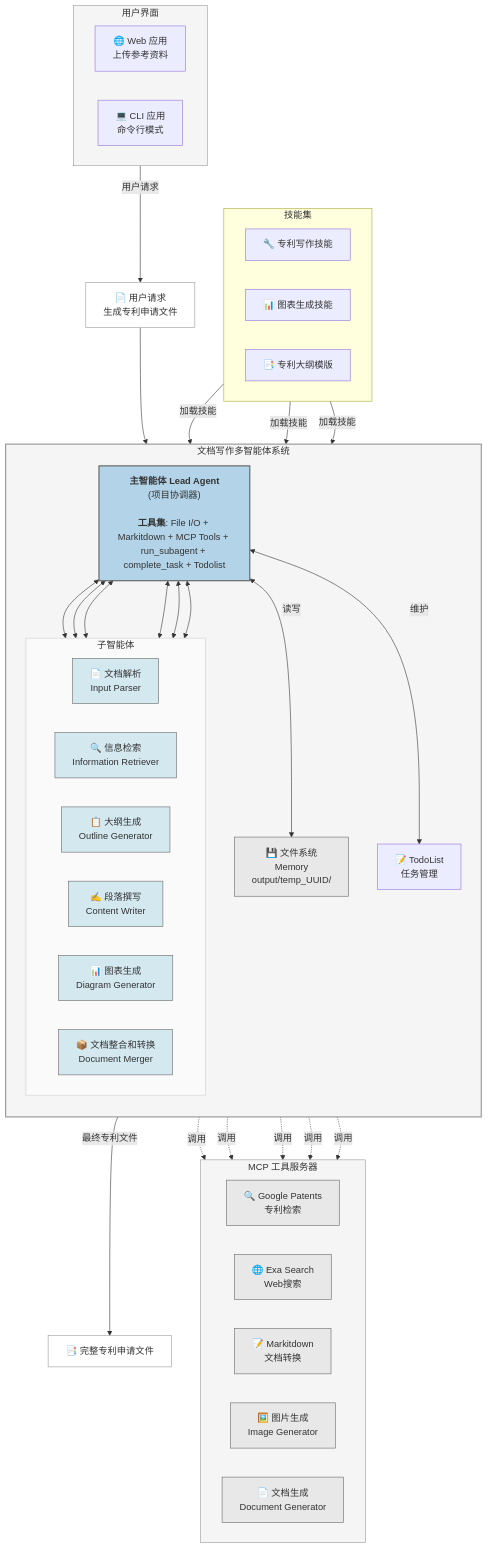
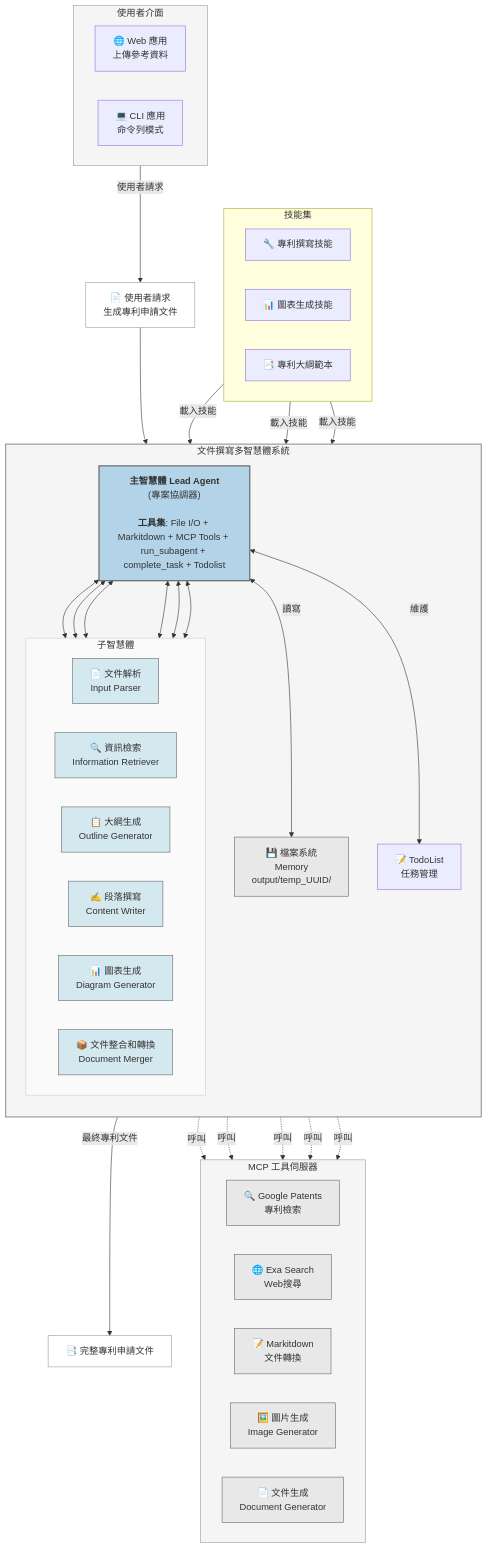
The diagram in arch.md (Raw1mage/PatentDrafter), drawn with Mermaid before and after one commit. The commit also changed other lines of this file, not shown here.

Commit message:
專利撰寫多智慧體系統架構文件

````diff
--- a/arch.md
+++ b/arch.md
@@ -5,52 +5,52 @@
 ```mermaid
 graph TB
-    %% 用户界面
-    subgraph UserInterface["用户界面"]
+    %% 使用者介面
+    subgraph UserInterface["使用者介面"]
         direction LR
-        WebUI["🌐 Web 应用<br/>上传参考资料"]
-        CLI["💻 CLI 应用<br/>命令行模式"]
+        WebUI["🌐 Web 應用<br/>上傳參考資料"]
+        CLI["💻 CLI 應用<br/>命令列模式"]
     end
 
-    %% 用户请求
-    UserRequest["📄 用户请求<br/>生成专利申请文件"]
+    %% 使用者請求
+    UserRequest["📄 使用者請求<br/>生成專利申請文件"]
 
-    %% 多智能体系统
-    subgraph MultiAgent["文档写作多智能体系统"]
+    %% 多智慧體系統
+    subgraph MultiAgent["文件撰寫多智慧體系統"]
         direction TB
 
-        %% 主智能体
-        LeadAgent["<b>主智能体 Lead Agent</b><br/>(项目协调器)<br/><br/><b>工具集</b>: File I/O + Markitdown + MCP Tools + run_subagent + complete_task + Todolist"]
+        %% 主智慧體
+        LeadAgent["<b>主智慧體 Lead Agent</b><br/>(專案協調器)<br/><br/><b>工具集</b>: File I/O + Markitdown + MCP Tools + run_subagent + complete_task + Todolist"]
 
-        %% 子智能体
-        subgraph Subagents["子智能体"]
+        %% 子智慧體
+        subgraph Subagents["子智慧體"]
             direction LR
-            S1["📄 文档解析<br/>Input Parser"]
-            S2["🔍 信息检索<br/>Information Retriever"]
-            S3["📋 大纲生成<br/>Outline Generator"]
-            S4["✍️ 段落撰写<br/>Content Writer"]
-            S5["📊 图表生成<br/>Diagram Generator"]
-            S6["📦 文档整合和转换<br/>Document Merger"]
+            S1["📄 文件解析<br/>Input Parser"]
+            S2["🔍 資訊檢索<br/>Information Retriever"]
+            S3["📋 大綱生成<br/>Outline Generator"]
+            S4["✍️ 段落撰寫<br/>Content Writer"]
+            S5["📊 圖表生成<br/>Diagram Generator"]
+            S6["📦 文件整合和轉換<br/>Document Merger"]
         end
 
-        %% 文件系统
-        Memory["💾 文件系统<br/>Memory<br/>output/temp_UUID/"]
+        %% 檔案系統
+        Memory["💾 檔案系統<br/>Memory<br/>output/temp_UUID/"]
 
         %% TODO管理
-        TodoList["📝 TodoList<br/>任务管理"]
+        TodoList["📝 TodoList<br/>任務管理"]
     end
 
-    %% MCP工具层
-    subgraph MCPTools["MCP 工具服务器"]
+    %% MCP工具層
+    subgraph MCPTools["MCP 工具伺服器"]
         direction LR
-        GooglePatents["🔍 Google Patents<br/>专利检索"]
-        ExaSearch["🌐 Exa Search<br/>Web搜索"]
-        Markitdown["📝 Markitdown<br/>文档转换"]
-        ImageGenerator["🖼️ 图片生成<br/>Image Generator"]
-        DocumentGenerator["📄 文档生成<br/>Document Generator"]
+        GooglePatents["🔍 Google Patents<br/>專利檢索"]
+        ExaSearch["🌐 Exa Search<br/>Web搜尋"]
+        Markitdown["📝 Markitdown<br/>文件轉換"]
+        ImageGenerator["🖼️ 圖片生成<br/>Image Generator"]
+        DocumentGenerator["📄 文件生成<br/>Document Generator"]
     end
 
-    %% 连接关系
-    UserInterface -->|用户请求| UserRequest
+    %% 連接關係
+    UserInterface -->|使用者請求| UserRequest
     UserRequest --> LeadAgent
 
     LeadAgent <--> S1
@@ -60,31 +60,31 @@
     LeadAgent <--> S5
     LeadAgent <--> S6
 
-    LeadAgent <-->|读写| Memory
-    LeadAgent <-->|维护| TodoList
+    LeadAgent <-->|讀寫| Memory
+    LeadAgent <-->|維護| TodoList
 
-    S1 -.调用.-> Markitdown
-    S2 -.调用.-> GooglePatents
-    S2 -.调用.-> ExaSearch
-    S5 -.调用.-> ImageGenerator
-    S6 -.调用.-> DocumentGenerator
+    S1 -.呼叫.-> Markitdown
+    S2 -.呼叫.-> GooglePatents
+    S2 -.呼叫.-> ExaSearch
+    S5 -.呼叫.-> ImageGenerator
+    S6 -.呼叫.-> DocumentGenerator
 
-    LeadAgent -->|最终专利文件| FinalOutput["📑 完整专利申请文件"]
+    LeadAgent -->|最終專利文件| FinalOutput["📑 完整專利申請文件"]
 
     subgraph Skills["技能集"]
         direction LR
-        PatentSkills["🔧 专利写作技能"]
-        DiagramSkills["📊 图表生成技能"]
-        PatentOutline["📑 专利大纲模版"]
+        PatentSkills["🔧 專利撰寫技能"]
+        DiagramSkills["📊 圖表生成技能"]
+        PatentOutline["📑 專利大綱範本"]
     end
 
-    PatentSkills -->|加载技能| LeadAgent
-    DiagramSkills -->|加载技能| LeadAgent
-    PatentOutline -->|加载技能| LeadAgent
+    PatentSkills -->|載入技能| LeadAgent
+    DiagramSkills -->|載入技能| LeadAgent
+    PatentOutline -->|載入技能| LeadAgent
 
 
 
-    %% 样式定义
+    %% 樣式定義
     style LeadAgent fill:#B3D4E8,stroke:#666,stroke-width:2px,color:#333
     style S1 fill:#D4E8F0,stroke:#666,stroke-width:1px,color:#333
     style S2 fill:#D4E8F0,stroke:#666,stroke-width:1px,color:#333
````
